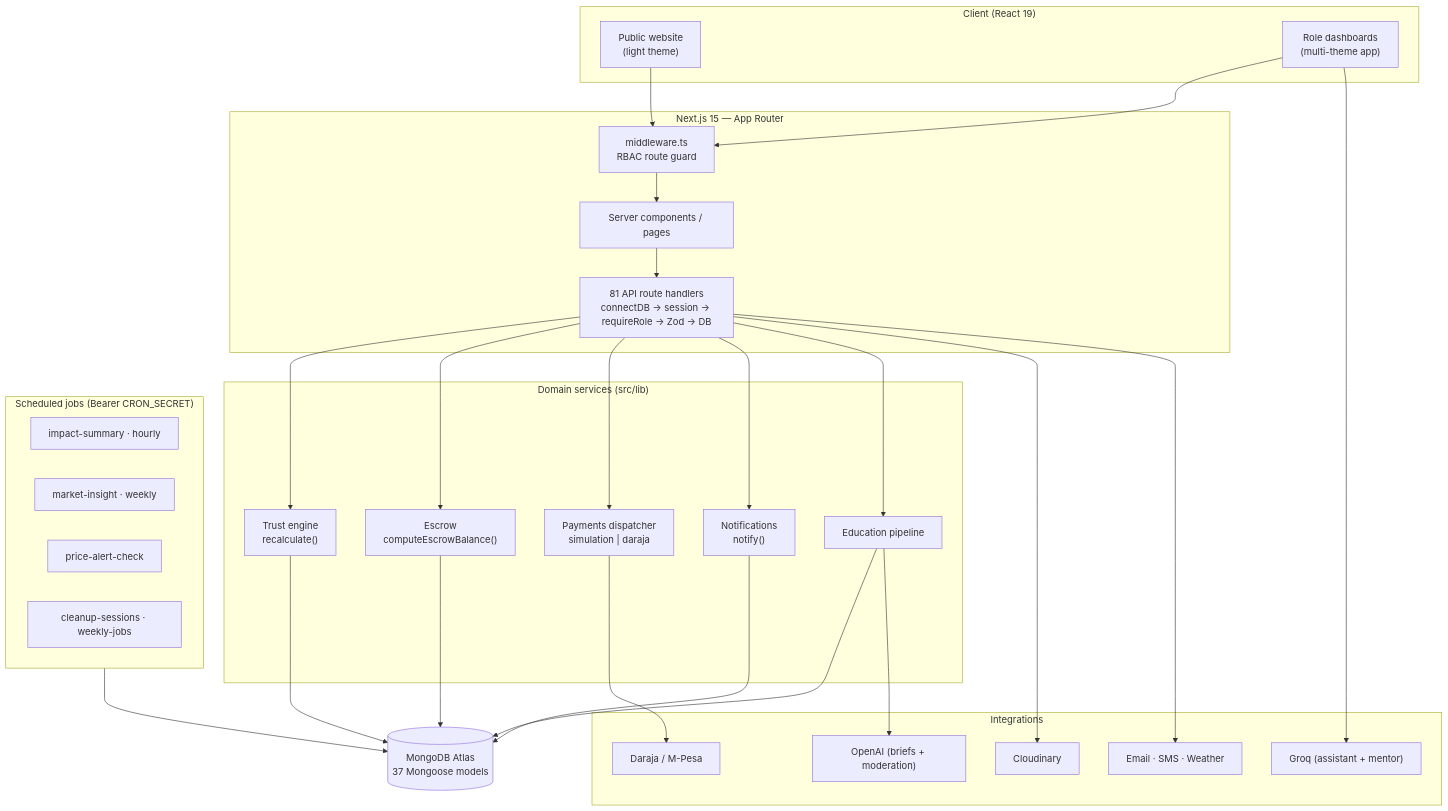
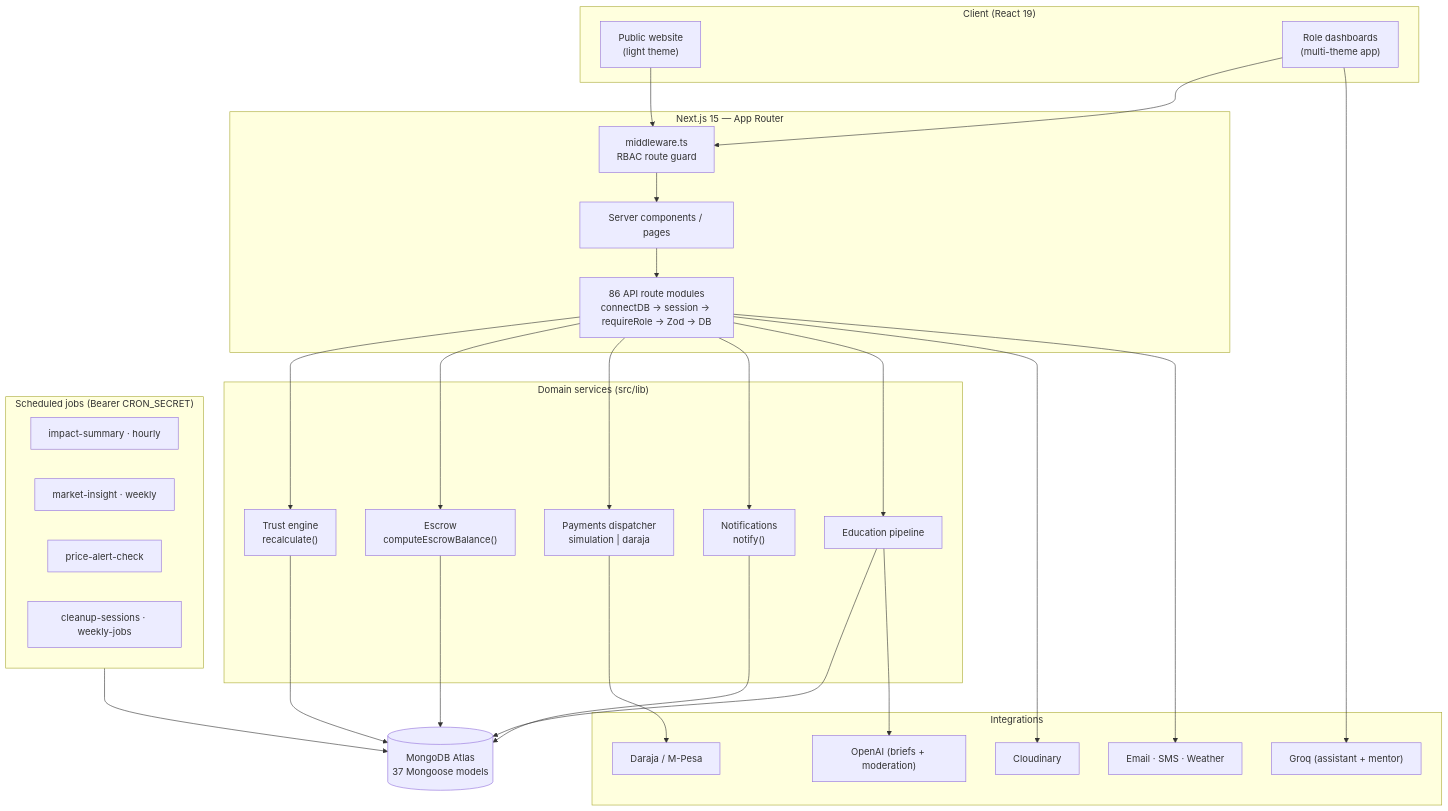
Before and after one commit to JafarHussein/umoja-hub: the fifth of 9 diagrams in README.md, drawn with Mermaid. The commit also changed other lines of this file and 1 other file, not shown here.

````diff
--- a/README.md
+++ b/README.md
@@ -318,48 +318,48 @@
 ```mermaid
 flowchart TB
   subgraph Client["Client (React 19)"]
     WEB["Public website<br/>(light theme)"]
     APP["Role dashboards<br/>(multi-theme app)"]
   end
 
   subgraph Edge["Next.js 15 — App Router"]
     MW["middleware.ts<br/>RBAC route guard"]
     PAGES["Server components / pages"]
-    API["81 API route handlers<br/>connectDB → session → requireRole → Zod → DB"]
+    API["86 API route modules<br/>connectDB → session → requireRole → Zod → DB"]
   end
 
   subgraph Domain["Domain services (src/lib)"]
     TRUST["Trust engine<br/>recalculate()"]
     ESCROW["Escrow<br/>computeEscrowBalance()"]
     PAY["Payments dispatcher<br/>simulation | daraja"]
     NOTIFY["Notifications<br/>notify()"]
     EDU["Education pipeline"]
   end
 
   subgraph External["Integrations"]
     MPESA["Daraja / M-Pesa"]
     GROQ["Groq (assistant + mentor)"]
     OPENAI["OpenAI (briefs + moderation)"]
     CLOUD["Cloudinary"]
     COMMS["Email · SMS · Weather"]
   end
 
   DB[("MongoDB Atlas<br/>37 Mongoose models")]
 
   WEB & APP --> MW --> PAGES --> API
   API --> TRUST & ESCROW & PAY & NOTIFY & EDU
   TRUST & ESCROW & EDU --> DB
   PAY --> MPESA
   EDU --> OPENAI
   APP --> GROQ
   API --> CLOUD & COMMS
   NOTIFY --> DB
 
   subgraph Cron["Scheduled jobs (Bearer CRON_SECRET)"]
     C1["impact-summary · hourly"]
     C2["market-insight · weekly"]
     C3["price-alert-check"]
     C4["cleanup-sessions · weekly-jobs"]
   end
   Cron --> DB
 ```
````
